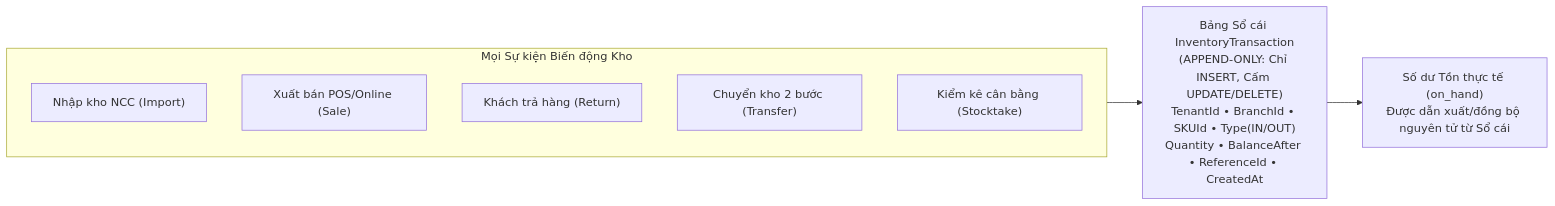
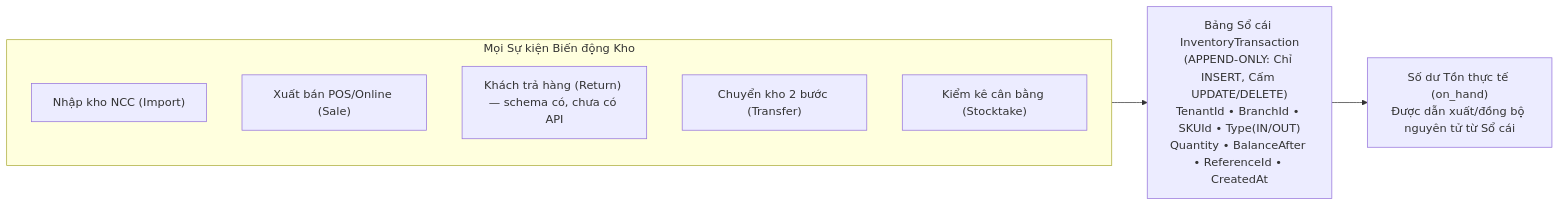
The first of 2 diagrams in docs/00-overview/02-core-domain-concepts.md (khoalvd839764-netizen/OISMS), drawn with Mermaid before and after one commit. The commit also changed other lines of this file and 103 other files, not shown here.

````diff
--- a/docs/00-overview/02-core-domain-concepts.md
+++ b/docs/00-overview/02-core-domain-concepts.md
@@ -50,13 +51,13 @@
 ```mermaid
 flowchart LR
     subgraph Events["Mọi Sự kiện Biến động Kho"]
         E1["Nhập kho NCC (Import)"]
         E2["Xuất bán POS/Online (Sale)"]
-        E3["Khách trả hàng (Return)"]
+        E3["Khách trả hàng (Return) — schema có, chưa có API"]
         E4["Chuyển kho 2 bước (Transfer)"]
         E5["Kiểm kê cân bằng (Stocktake)"]
     end
 
     Events --> Ledger["Bảng Sổ cái InventoryTransaction<br/>(APPEND-ONLY: Chỉ INSERT, Cấm UPDATE/DELETE)<br/>TenantId • BranchId • SKUId • Type(IN/OUT)<br/>Quantity • BalanceAfter • ReferenceId • CreatedAt"]
     Ledger --> Balance["Số dư Tồn thực tế (on_hand)<br/>Được dẫn xuất/đồng bộ nguyên tử từ Sổ cái"]
 ```
````
